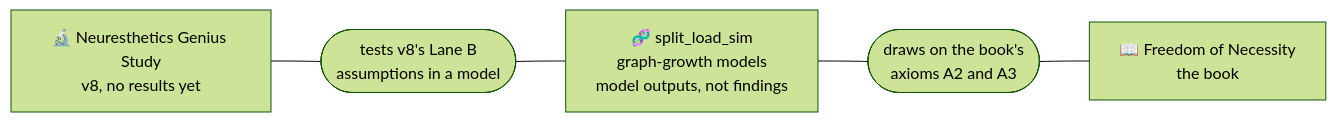
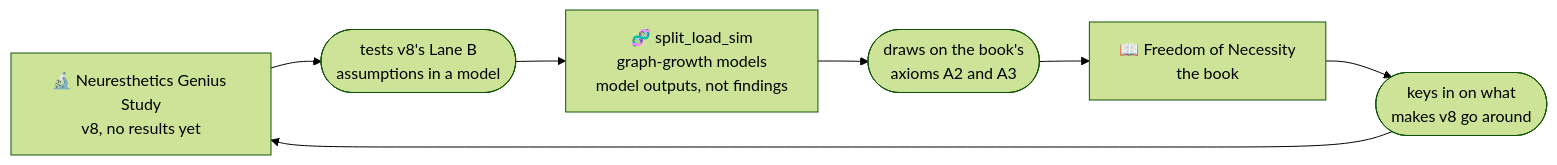
Before and after one commit to neuresthetics/neuresthetics: the diagram in README.md, drawn with Mermaid (forest theme). The commit also changed other lines of this file, not shown here.

Commit message:
Profile: map as a loop (study, split_load_sim, book, back to study)

````diff
--- a/README.md
+++ b/README.md
@@ -72,9 +72,12 @@
 ```mermaid
 flowchart LR
   ST["🔬 Neuresthetics Genius Study<br/>v8, no results yet"]
   S["🧬 split_load_sim<br/>graph-growth models<br/>model outputs, not findings"]
   B["📖 Freedom of Necessity<br/>the book"]
-  r2(["tests v8's Lane B<br/>assumptions in a model"])
-  r3(["draws on the book's<br/>axioms A2 and A3"])
-  ST --- r2 --- S --- r3 --- B
+  r1(["tests v8's Lane B<br/>assumptions in a model"])
+  r2(["draws on the book's<br/>axioms A2 and A3"])
+  r3(["keys in on what<br/>makes v8 go around"])
+  ST --> r1 --> S
+  S --> r2 --> B
+  B --> r3 --> ST
 ```
````
